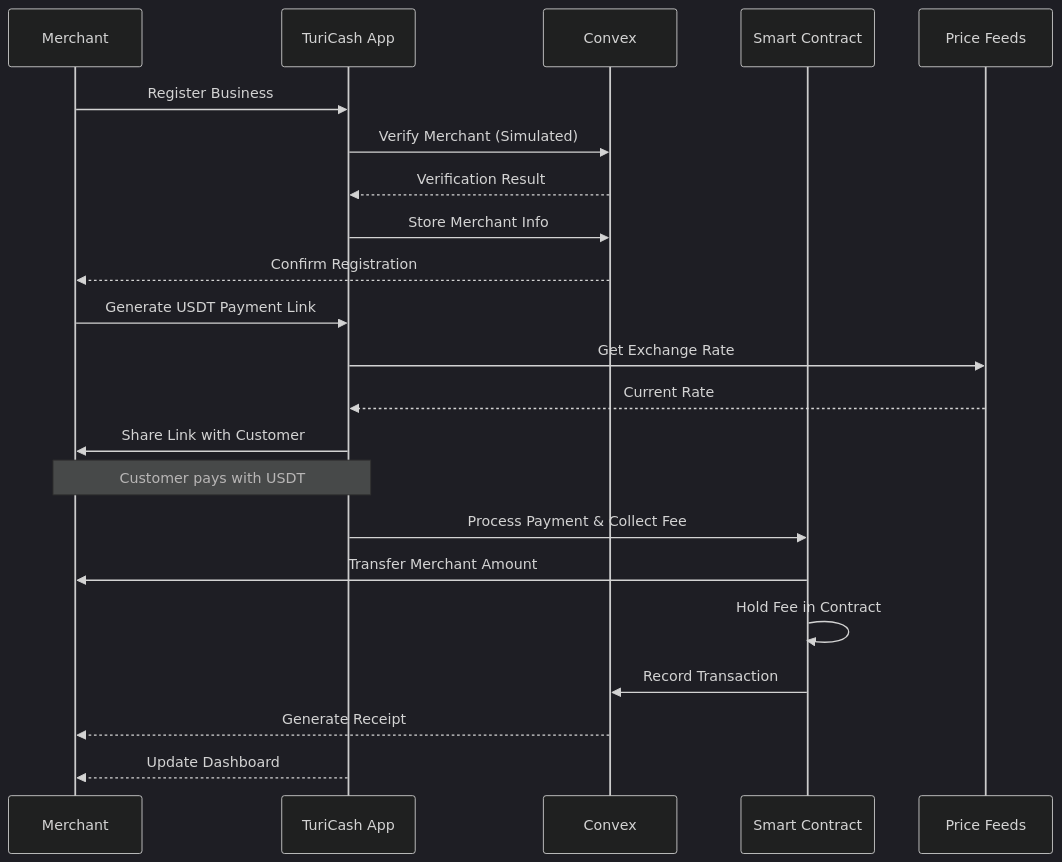
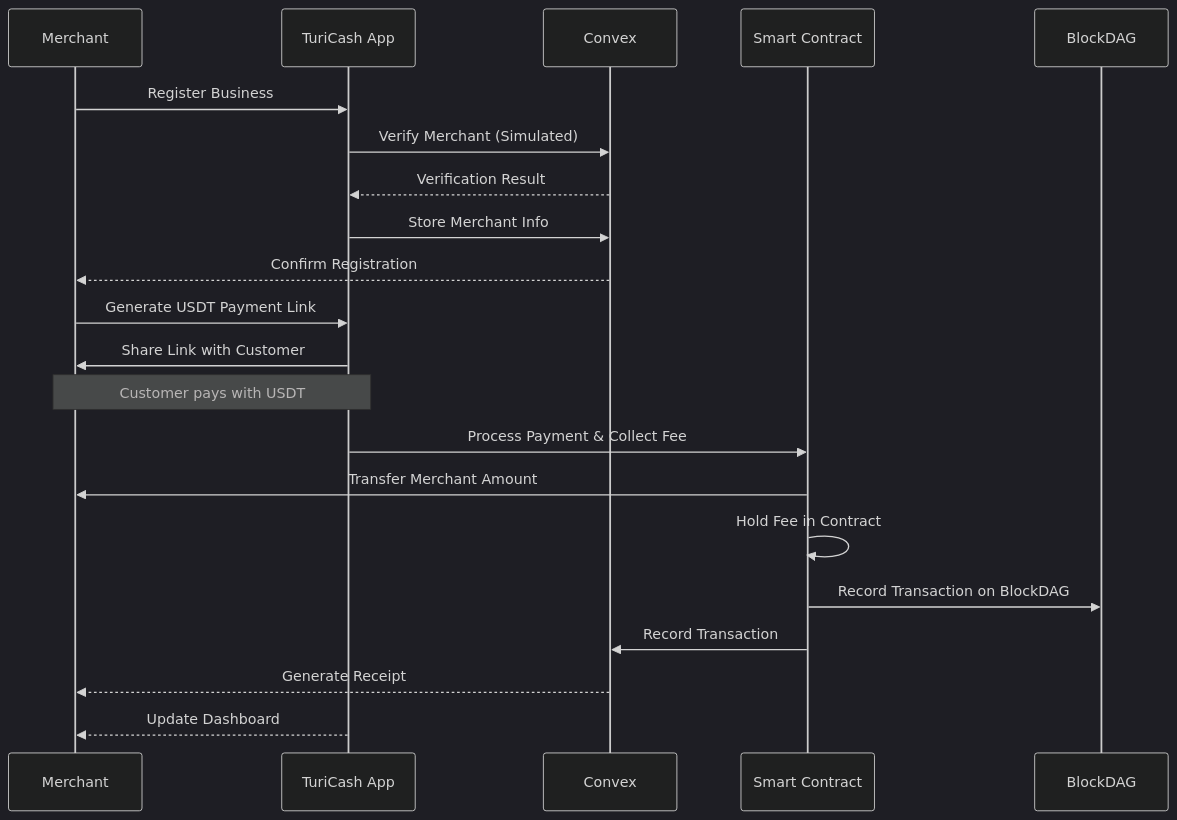
One commit to tapilew/equilibrio-alpha changed the first of 5 diagrams in README.md. Above: the diagram before and after it, drawn with Mermaid (dark theme). The commit also changed other lines of this file, not shown here.

Commit message:
docs: add BlockDAG and UX flow considerations

````diff
--- a/README.md
+++ b/README.md
@@ -123,25 +145,24 @@
 ```mermaid
 sequenceDiagram
     participant M as Merchant
     participant A as TuriCash App
     participant CV as Convex
     participant SC as Smart Contract
-    participant PF as Price Feeds
+    participant BD as BlockDAG
     
     M->>A: Register Business
     A->>CV: Verify Merchant (Simulated)
     CV-->>A: Verification Result
     A->>CV: Store Merchant Info
     CV-->>M: Confirm Registration
     M->>A: Generate USDT Payment Link
-    A->>PF: Get Exchange Rate
-    PF-->>A: Current Rate
     A->>M: Share Link with Customer
     Note over M,A: Customer pays with USDT
     A->>SC: Process Payment & Collect Fee
     SC->>M: Transfer Merchant Amount
     SC->>SC: Hold Fee in Contract
+    SC->>BD: Record Transaction on BlockDAG
     SC->>CV: Record Transaction
     CV-->>M: Generate Receipt
     A-->>M: Update Dashboard
 ```
````
